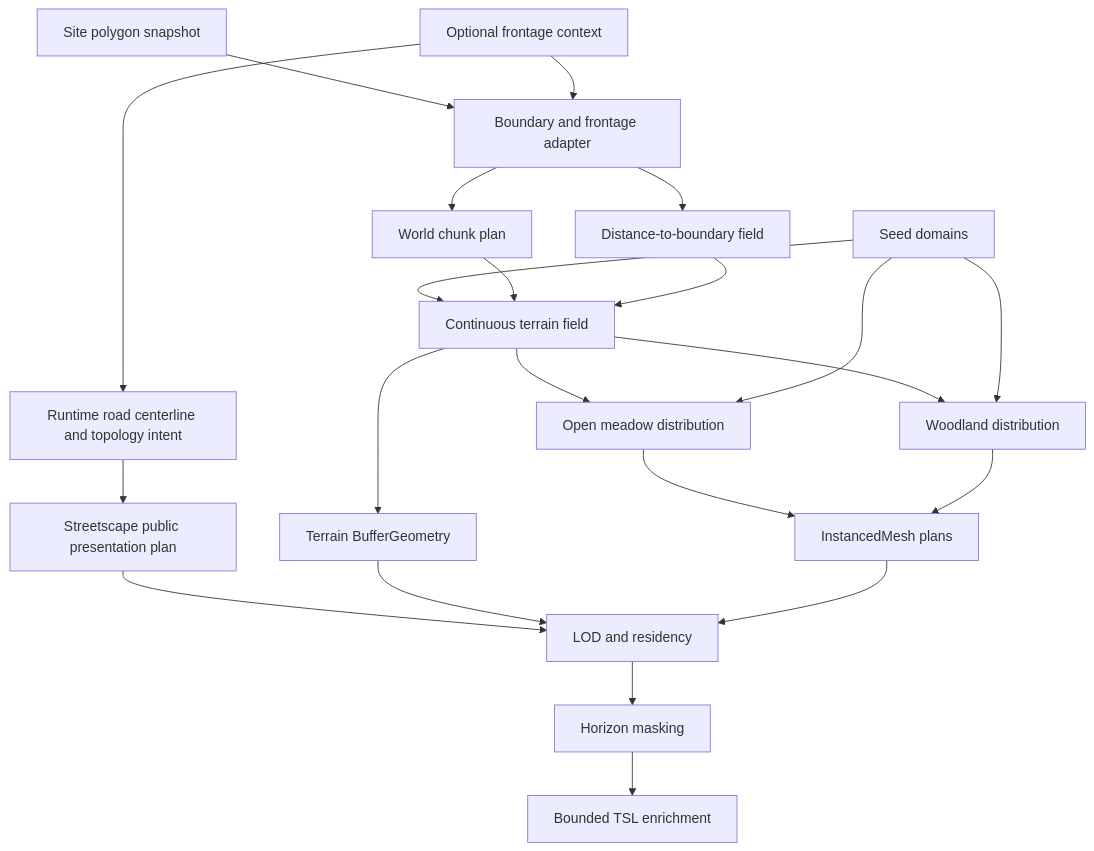
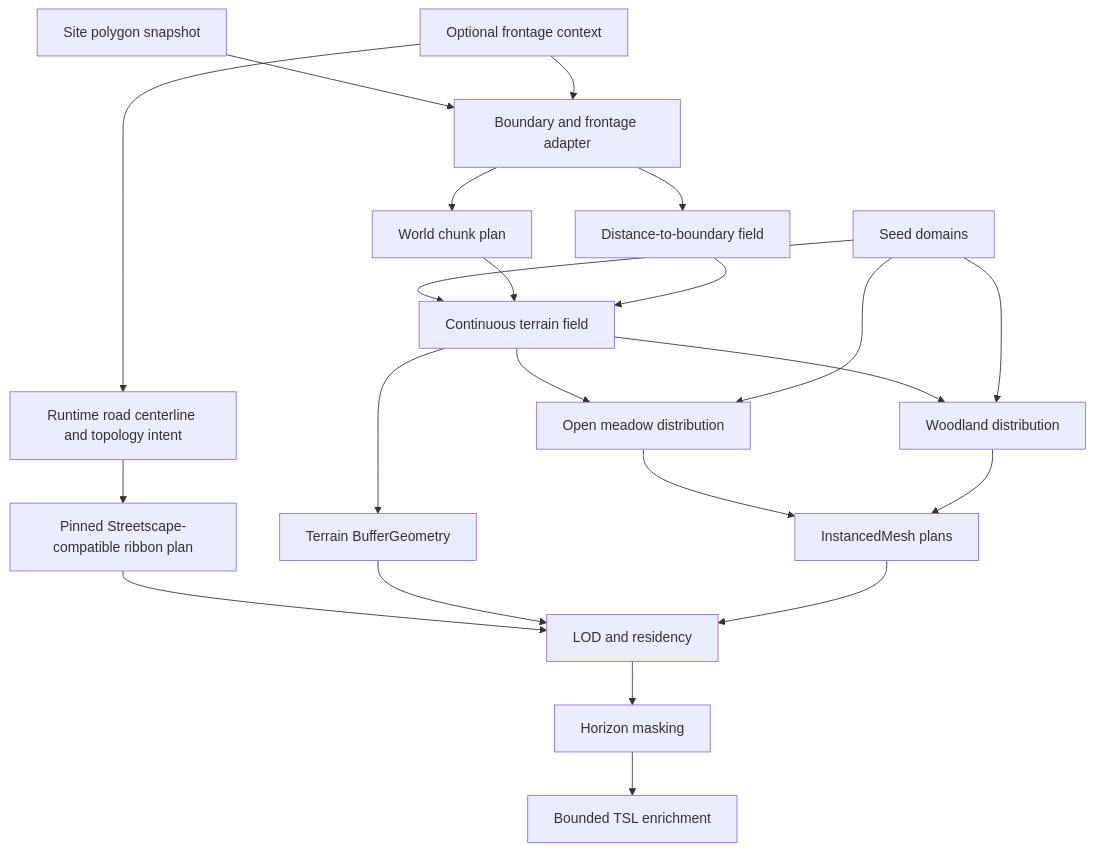
Before and after one commit to AxiomeCG/environment: the second of 2 diagrams in .procedural/procedural-surroundings/SPEC.md, drawn with Mermaid. The commit also changed other lines of this file and 8 other files, not shown here.

````diff
--- a/.procedural/procedural-surroundings/SPEC.md
+++ b/.procedural/procedural-surroundings/SPEC.md
@@ -82,24 +84,24 @@
 ```mermaid
 graph TD
     P[Site polygon snapshot] --> B[Boundary and frontage adapter]
     B --> C[World chunk plan]
     B --> D[Distance-to-boundary field]
     F[Optional frontage context] --> B
     S[Seed domains] --> T[Continuous terrain field]
     C --> T
     D --> T
     T --> M[Open meadow distribution]
     T --> W[Woodland distribution]
     S --> M
     S --> W
     F --> RI[Runtime road centerline and topology intent]
-    RI --> SP[Streetscape public presentation plan]
+    RI --> SP[Pinned Streetscape-compatible ribbon plan]
     T --> G[Terrain BufferGeometry]
     M --> I[InstancedMesh plans]
     W --> I
     SP --> L[LOD and residency]
     G --> L
     I --> L
     L --> H[Horizon masking]
     H --> V[Bounded TSL enrichment]
 ```
````
